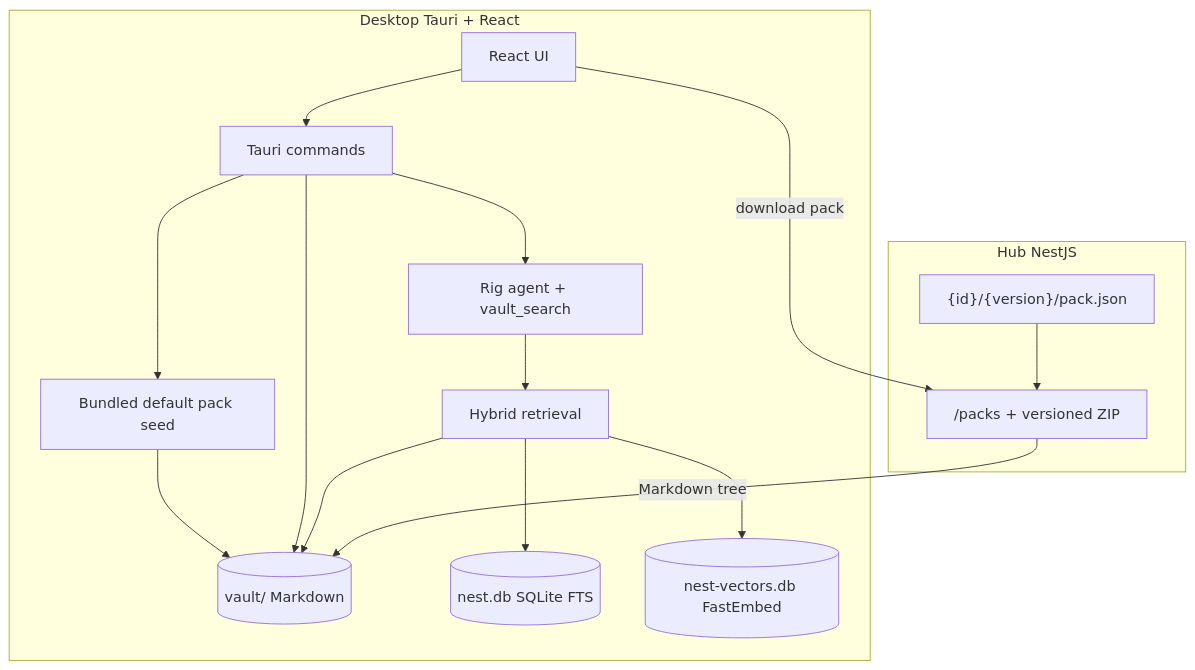
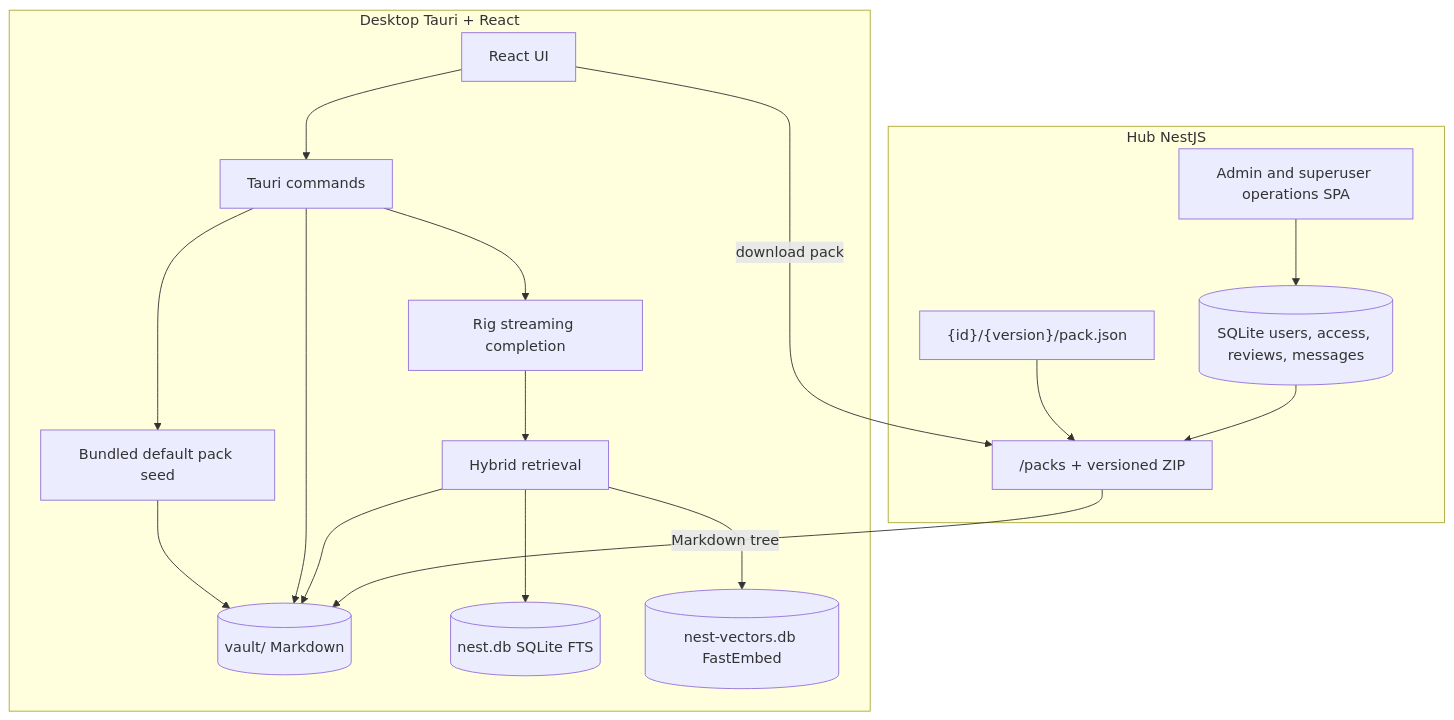
The diagram in docs/architecture.md (cyborgoat/nest), drawn with Mermaid before and after one commit. The commit also changed other lines of this file and 105 other files, not shown here.

````diff
--- a/docs/architecture.md
+++ b/docs/architecture.md
@@ -5,31 +5,35 @@
 ```mermaid
 flowchart TB
   subgraph desktop [Desktop Tauri + React]
     UI[React UI]
     CMD[Tauri commands]
     Seed[Bundled default pack seed]
-    Agent[Rig agent + vault_search]
+    Agent[Rig streaming completion]
     Retr[Hybrid retrieval]
     Vault[(vault/ Markdown)]
     SQL[(nest.db SQLite FTS)]
     Vec[(nest-vectors.db FastEmbed)]
     UI --> CMD
     CMD --> Seed
     Seed --> Vault
     CMD --> Agent
     CMD --> Vault
     Agent --> Retr
     Retr --> SQL
     Retr --> Vec
     Retr --> Vault
   end
 
   subgraph hub [Hub NestJS]
     Catalog["{id}/{version}/pack.json"]
     API["/packs + versioned ZIP"]
+    Control[(SQLite users, access, reviews, messages)]
+    Admin[Admin and superuser operations SPA]
     Catalog --> API
+    Control --> API
+    Admin --> Control
   end
 
   UI -->|"download pack"| API
   API -->|"Markdown tree"| Vault
 ```
````
